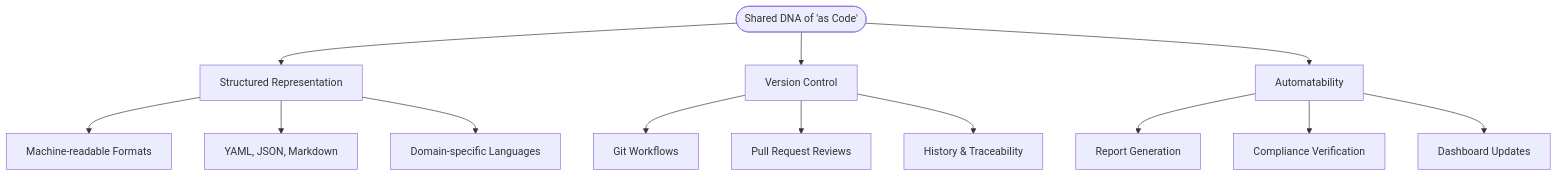
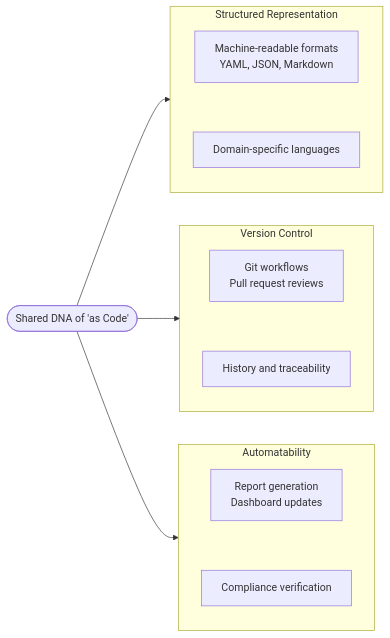
Before and after one commit to Geonitab/architecture_as_code: the diagram in docs/images/mindmap_23a_shared_dna.mmd, drawn with Mermaid. The commit also changed 165 other files, not shown here.

First line of the commit message:
Readable diagrams, a check that measures them, and the rules in the guides

```diff
--- a/docs/images/mindmap_23a_shared_dna.mmd
+++ b/docs/images/mindmap_23a_shared_dna.mmd
@@ -1,14 +1,23 @@
-graph TD
+flowchart LR
     ROOT(["Shared DNA of 'as Code'"]):::geon-primary
-    ROOT --> SR["Structured Representation"]:::geon-accent
-    ROOT --> VC["Version Control"]:::geon-accent
-    ROOT --> AUTO["Automatability"]:::geon-accent
-    SR --> SR1["Machine-readable Formats"]:::geon-highlight
-    SR --> SR2["YAML, JSON, Markdown"]:::geon-highlight
-    SR --> SR3["Domain-specific Languages"]:::geon-highlight
-    VC --> VC1["Git Workflows"]:::geon-highlight
-    VC --> VC2["Pull Request Reviews"]:::geon-highlight
-    VC --> VC3["History & Traceability"]:::geon-highlight
-    AUTO --> AUTO1["Report Generation"]:::geon-highlight
-    AUTO --> AUTO2["Compliance Verification"]:::geon-highlight
-    AUTO --> AUTO3["Dashboard Updates"]:::geon-highlight
+    subgraph SR["Structured Representation"]
+        direction TB
+        SR1["Machine-readable formats<br/>YAML, JSON, Markdown"]:::geon-highlight
+        SR2["Domain-specific languages"]:::geon-highlight
+        SR1 ~~~ SR2
+    end
+    subgraph VC["Version Control"]
+        direction TB
+        VC1["Git workflows<br/>Pull request reviews"]:::geon-highlight
+        VC2["History and traceability"]:::geon-highlight
+        VC1 ~~~ VC2
+    end
+    subgraph AUTO["Automatability"]
+        direction TB
+        AUTO1["Report generation<br/>Dashboard updates"]:::geon-highlight
+        AUTO2["Compliance verification"]:::geon-highlight
+        AUTO1 ~~~ AUTO2
+    end
+    ROOT --> SR
+    ROOT --> VC
+    ROOT --> AUTO
```
